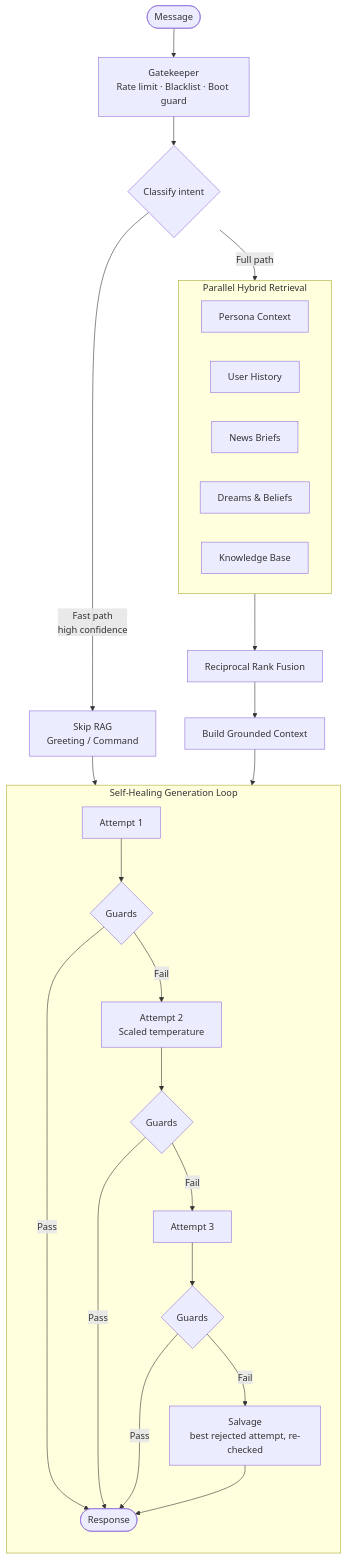
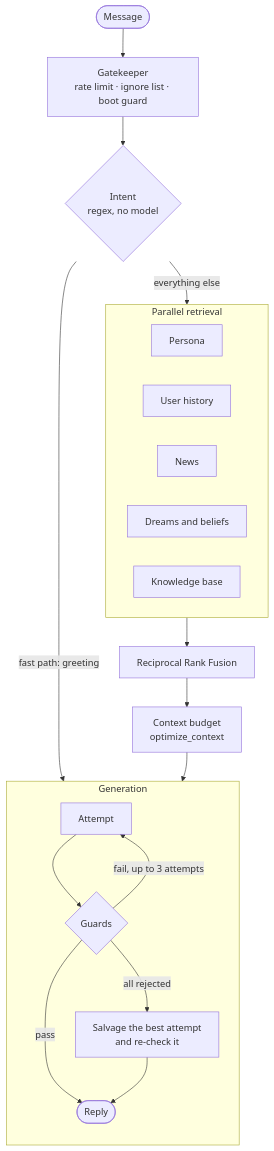
The diagram in README.md (Ekco-S64QTN6/Kaiacord), drawn with Mermaid before and after one commit. The commit also changed other lines of this file, not shown here.

````diff
--- a/README.md
+++ b/README.md
@@ -104,36 +45,30 @@
 ```mermaid
 flowchart TD
-    MSG([Message]) --> GK[Gatekeeper<br/>Rate limit · Blacklist · Boot guard]
-    GK --> CL{Classify intent}
+    MSG([Message]) --> GK[Gatekeeper<br/>rate limit · ignore list · boot guard]
+    GK --> CL{Intent<br/>regex, no model}
 
-    CL -- "Fast path<br/>high confidence" --> SKIP[Skip RAG<br/>Greeting / Command]
-    CL -- "Full path" --> RET
+    CL -- "fast path: greeting" --> GEN
+    CL -- "everything else" --> RET
 
-    subgraph RET ["Parallel Hybrid Retrieval"]
+    subgraph RET ["Parallel retrieval"]
         direction LR
-        P[Persona Context]
-        U[User History]
-        N[News Briefs]
-        D[Dreams & Beliefs]
-        W[Knowledge Base]
+        P[Persona]
+        U[User history]
+        N[News]
+        D[Dreams and beliefs]
+        W[Knowledge base]
     end
 
-    SKIP --> GEN
     RET --> RRF[Reciprocal Rank Fusion]
-    RRF --> CTX[Build Grounded Context]
+    RRF --> CTX[Context budget<br/>optimize_context]
     CTX --> GEN
 
-    subgraph GEN ["Self-Healing Generation Loop"]
+    subgraph GEN ["Generation"]
         direction TB
-        G1[Attempt 1] --> HC{Guards}
-        HC -- Pass --> OUT([Response])
-        HC -- Fail --> G2[Attempt 2<br/>Scaled temperature]
-        G2 --> HC2{Guards}
-        HC2 -- Pass --> OUT
-        HC2 -- Fail --> G3[Attempt 3]
-        G3 --> HC3{Guards}
-        HC3 -- Pass --> OUT
-        HC3 -- Fail --> SAL[Salvage<br/>best rejected attempt, re-checked]
+        G1[Attempt] --> HC{Guards}
+        HC -- pass --> OUT([Reply])
+        HC -- "fail, up to 3 attempts" --> G1
+        HC -- "all rejected" --> SAL[Salvage the best attempt<br/>and re-check it]
         SAL --> OUT
     end
 ```
````
